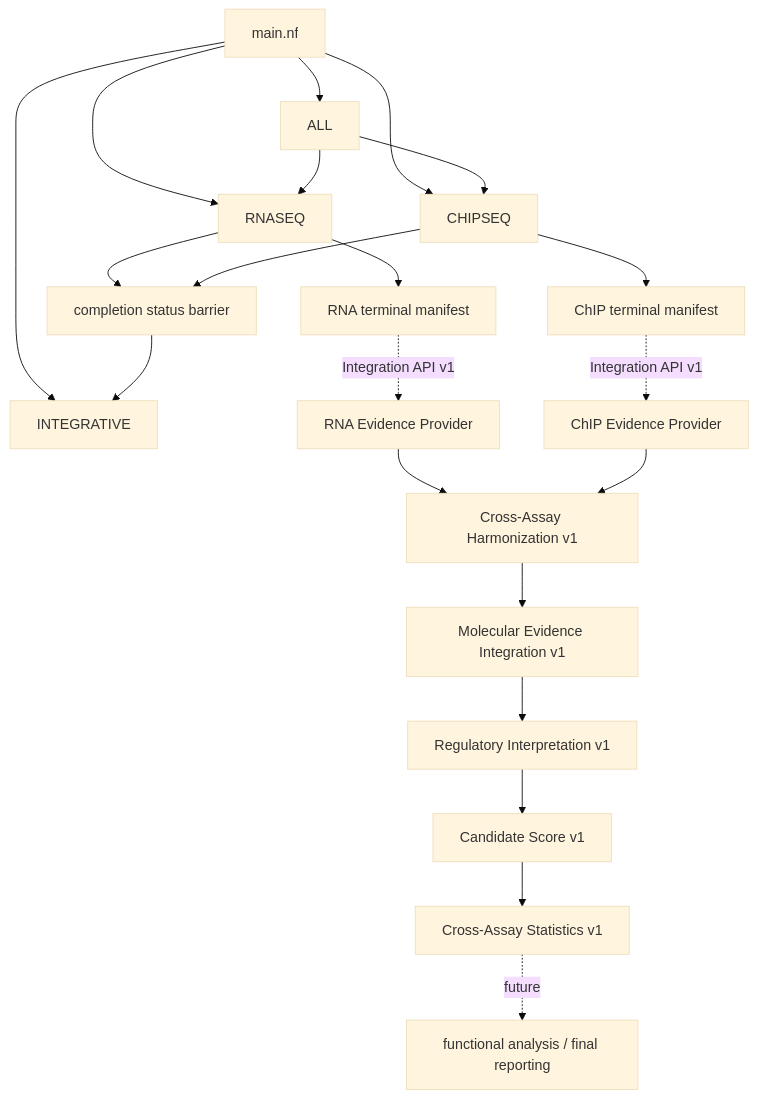
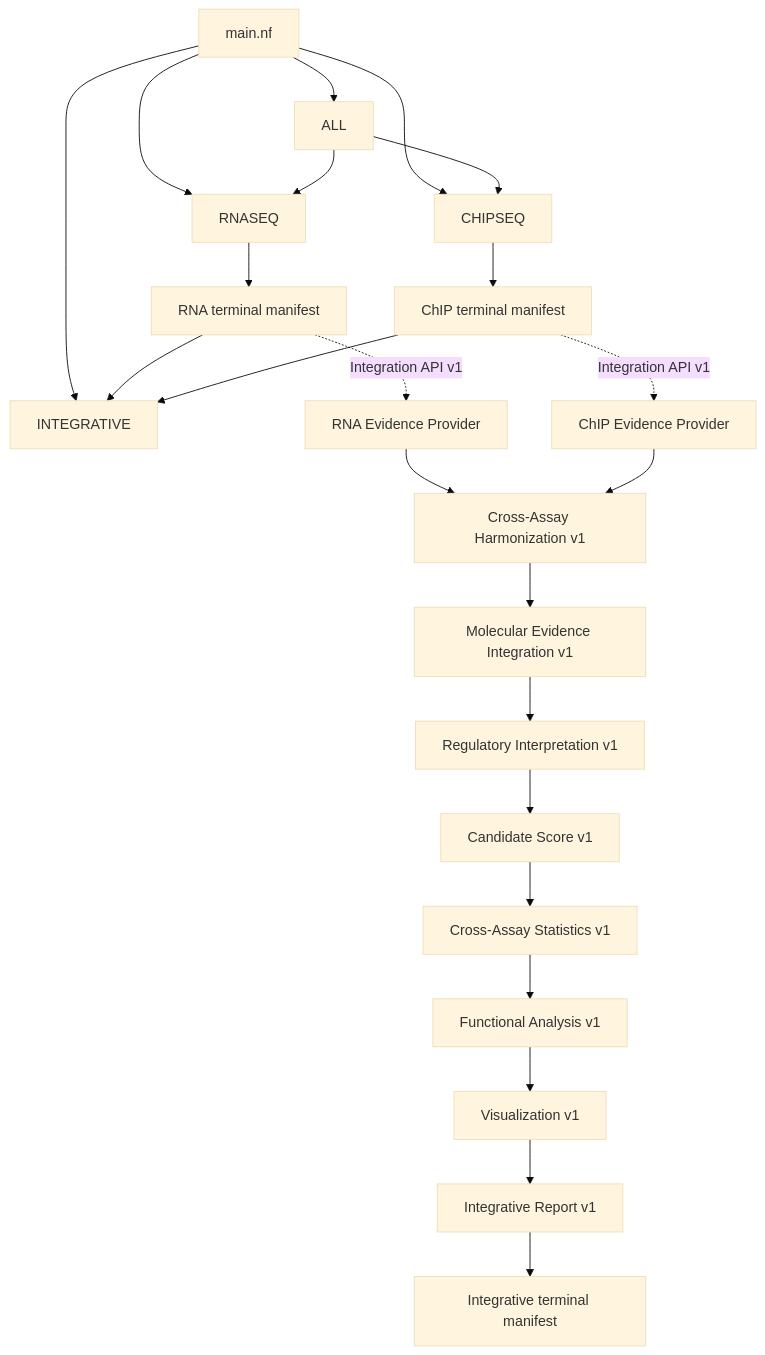
Before and after one commit to GMiguelAlves/HelixForge: the first of 3 diagrams in docs/architecture.md, drawn with Mermaid (base theme). The commit also changed other lines of this file and 9 other files, not shown here.

Commit message:
Document integrative completion

````diff
--- a/docs/architecture.md
+++ b/docs/architecture.md
@@ -12,23 +12,25 @@
 ```mermaid
 flowchart TB
     MAIN["main.nf"] --> RNA["RNASEQ"]
     MAIN --> CHIP["CHIPSEQ"]
     MAIN --> INT["INTEGRATIVE"]
     MAIN --> ALL["ALL"]
     ALL --> RNA
     ALL --> CHIP
     RNA --> RM["RNA terminal manifest"]
     CHIP --> CM["ChIP terminal manifest"]
-    RNA --> GATE["completion status barrier"]
-    CHIP --> GATE
-    GATE --> INT
+    RM --> INT
+    CM --> INT
     RM -. "Integration API v1" .-> REP["RNA Evidence Provider"]
     CM -. "Integration API v1" .-> CEP["ChIP Evidence Provider"]
     REP --> HARM["Cross-Assay Harmonization v1"]
     CEP --> HARM
     HARM --> MEI["Molecular Evidence Integration v1"]
     MEI --> RINT["Regulatory Interpretation v1"]
     RINT --> SCORE["Candidate Score v1"]
     SCORE --> STATS["Cross-Assay Statistics v1"]
-    STATS -. "future" .-> FUTURE["functional analysis / final reporting"]
+    STATS --> FUNC["Functional Analysis v1"]
+    FUNC --> VIS["Visualization v1"]
+    VIS --> REPORT["Integrative Report v1"]
+    REPORT --> IM["Integrative terminal manifest"]
 ```
````
